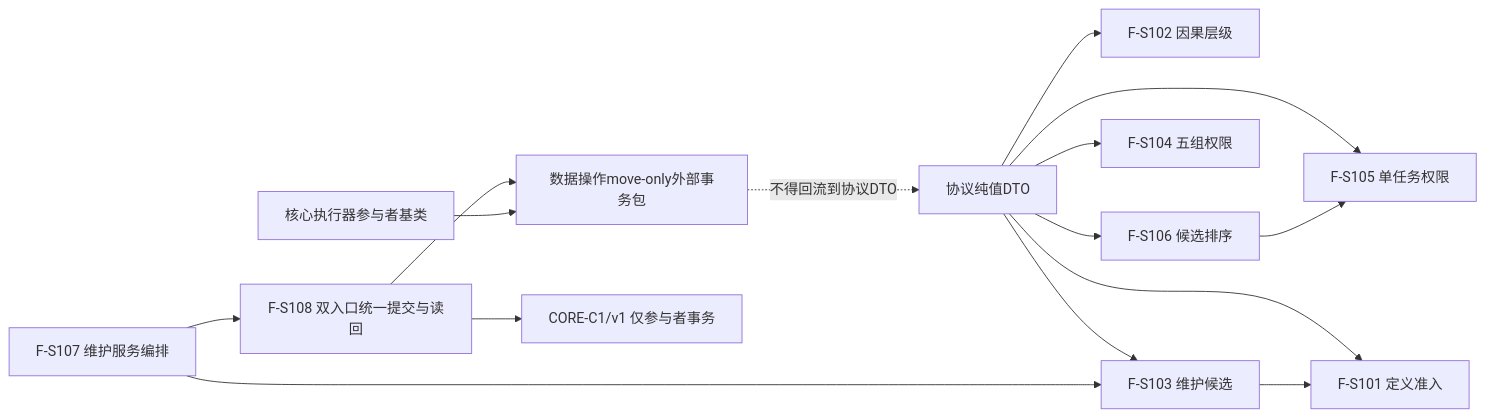
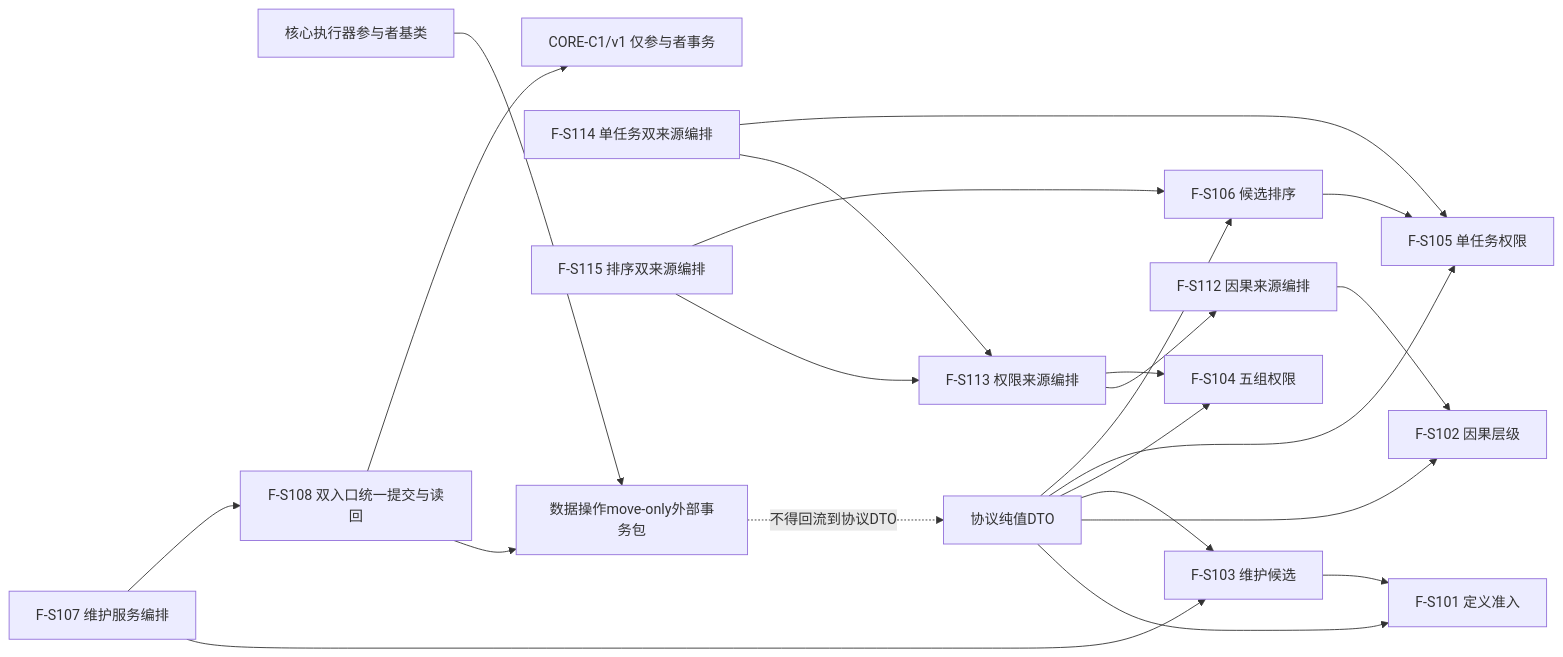
Before and after one commit to chunhaizh-cyber/HY-Ego: the fifth of 9 diagrams in 规范/详细设计/函数结构知识图谱/20260724_SAFETY-PRIORITY_分层安全值维护与因果任务优先级函数结构知识图谱.md, drawn with Mermaid. The commit also changed other lines of this file and 15 other files, not shown here.

````diff
--- a/规范/详细设计/函数结构知识图谱/20260724_SAFETY-PRIORITY_分层安全值维护与因果任务优先级函数结构知识图谱.md
+++ b/规范/详细设计/函数结构知识图谱/20260724_SAFETY-PRIORITY_分层安全值维护与因果任务优先级函数结构知识图谱.md
@@ -217,29 +225,40 @@
 ```mermaid
 flowchart LR
     DTO["协议纯值DTO"]
     CORE["核心执行器参与者基类"]
     DATA["数据操作move-only外部事务包"]
     FS101["F-S101 定义准入"]
     FS102["F-S102 因果层级"]
     FS103["F-S103 维护候选"]
     FS104["F-S104 五组权限"]
     FS105["F-S105 单任务权限"]
     FS106["F-S106 候选排序"]
     FS107["F-S107 维护服务编排"]
     FS108["F-S108 双入口统一提交与读回"]
+    FS112["F-S112 因果来源编排"]
+    FS113["F-S113 权限来源编排"]
+    FS114["F-S114 单任务双来源编排"]
+    FS115["F-S115 排序双来源编排"]
     COREC1["CORE-C1/v1 仅参与者事务"]
     DTO --> FS101
     DTO --> FS102
     DTO --> FS103
     DTO --> FS104
     DTO --> FS105
     DTO --> FS106
     FS103 --> FS101
     FS106 --> FS105
     FS107 --> FS103
     FS107 --> FS108
     FS108 --> DATA
     FS108 --> COREC1
+    FS112 --> FS102
+    FS113 --> FS112
+    FS113 --> FS104
+    FS114 --> FS113
+    FS114 --> FS105
+    FS115 --> FS113
+    FS115 --> FS106
     CORE --> DATA
     DATA -. "不得回流到协议DTO" .-> DTO
 ```
````
